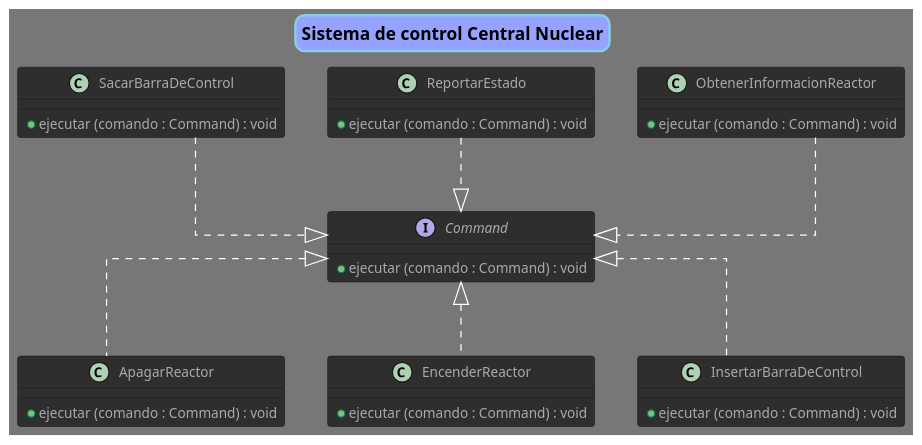
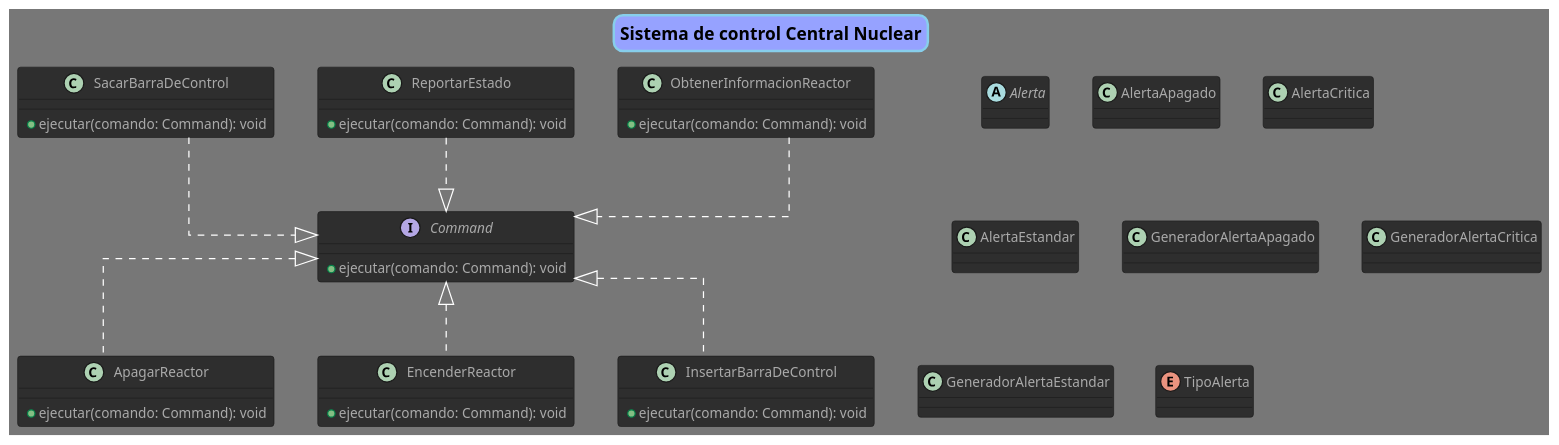
Before and after one commit to fmiguezo/reactor_nuclear: the diagram in diagrams/clases_sistema_control.puml, drawn with PlantUML.

Commit message:
añadidas clases faltantes

```diff
--- a/diagrams/clases_sistema_control.puml
+++ b/diagrams/clases_sistema_control.puml
@@ -1,55 +1,86 @@
 @startuml Tp
 
 title "Sistema de control Central Nuclear"
 !theme reddress-darkblue
 scale 1.3
 skinparam Linetype ortho
 
 skinparam titleBorderRoundCorner 15
 skinparam titleBorderThickness 2
 skinparam titleBorderColor skyBlue
 skinparam titleBackgroundColor #96a2ff
 
 
 
-interface Command{
-    + ejecutar (comando : Command) : void
+interface Command {
+    +ejecutar(comando: Command): void
 }
 
 class ApagarReactor {
-    + ejecutar (comando : Command) : void
+    +ejecutar(comando: Command): void
 }
 
 class EncenderReactor {
-    + ejecutar (comando : Command) : void
+    +ejecutar(comando: Command): void
 }
 
 class InsertarBarraDeControl {
-    + ejecutar (comando : Command) : void
+    +ejecutar(comando: Command): void
 }
 
 class ObtenerInformacionReactor {
-    + ejecutar (comando : Command) : void
+    +ejecutar(comando: Command): void
 }
 
 class ReportarEstado {
-    + ejecutar (comando : Command) : void
+    +ejecutar(comando: Command): void
 }
 
 class SacarBarraDeControl {
-    + ejecutar (comando : Command) : void
+    +ejecutar(comando: Command): void
 }
 
+abstract class Alerta {
+
+}
+
+class AlertaApagado {
+
+}
+
+class AlertaCritica {
+
+}
+
+class AlertaEstandar {
+
+}
+
+class GeneradorAlertaApagado {
+
+}
+
+class GeneradorAlertaCritica {
+
+}
+
+class GeneradorAlertaEstandar {
+
+}
+
+enum TipoAlerta {
+
+}
 
 
 
 ' Relaciones
 Command <|.. ApagarReactor
 Command <|.. EncenderReactor
 Command <|.. InsertarBarraDeControl
 Command <|.u. ObtenerInformacionReactor
 Command <|.u. ReportarEstado
 Command <|.u. SacarBarraDeControl
 
 
 @enduml
```
